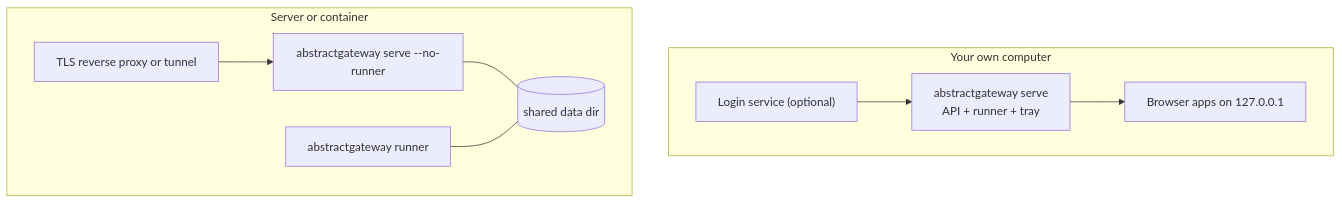
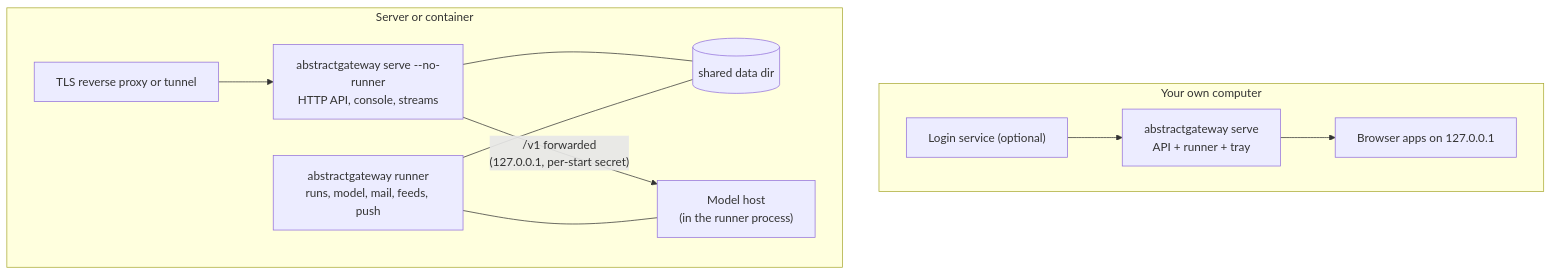
Before and after one commit to lpalbou/AbstractGateway: the tenth of 10 diagrams in docs/architecture.md, drawn with Mermaid. The commit also changed other lines of this file and 15 other files, not shown here.

````diff
--- a/docs/architecture.md
+++ b/docs/architecture.md
@@ -715,12 +751,14 @@
 ```mermaid
 flowchart TB
   subgraph Desktop["Your own computer"]
     LS["Login service (optional)"] --> Serve1["abstractgateway serve<br/>API + runner + tray"]
     Serve1 --> AppsLocal["Browser apps on 127.0.0.1"]
   end
   subgraph Server["Server or container"]
-    API["abstractgateway serve --no-runner"] --- DD[("shared data dir")]
-    Worker["abstractgateway runner"] --- DD
+    API["abstractgateway serve --no-runner<br/>HTTP API, console, streams"] --- DD[("shared data dir")]
+    Worker["abstractgateway runner<br/>runs, model, mail, feeds, push"] --- DD
     Proxy["TLS reverse proxy or tunnel"] --> API
+    API -->|"/v1 forwarded<br/>(127.0.0.1, per-start secret)"| ModelHost["Model host<br/>(in the runner process)"]
+    Worker --- ModelHost
   end
 ```
````
